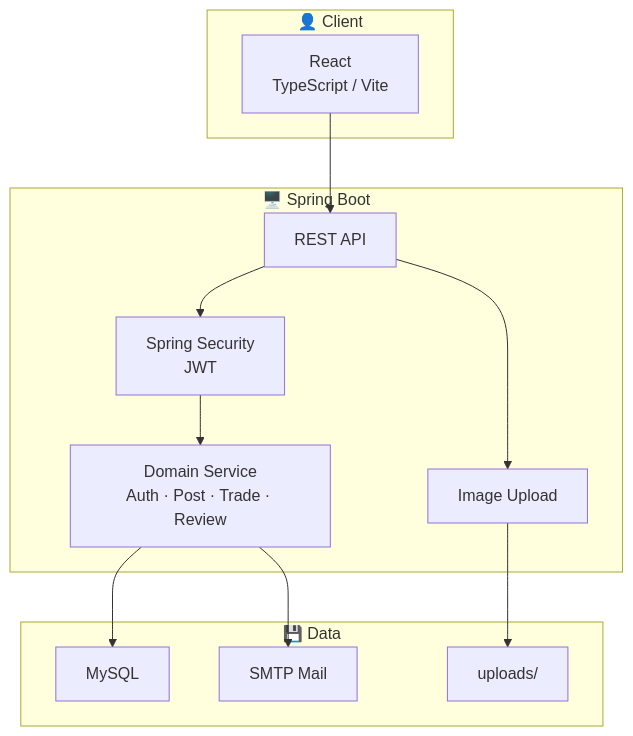
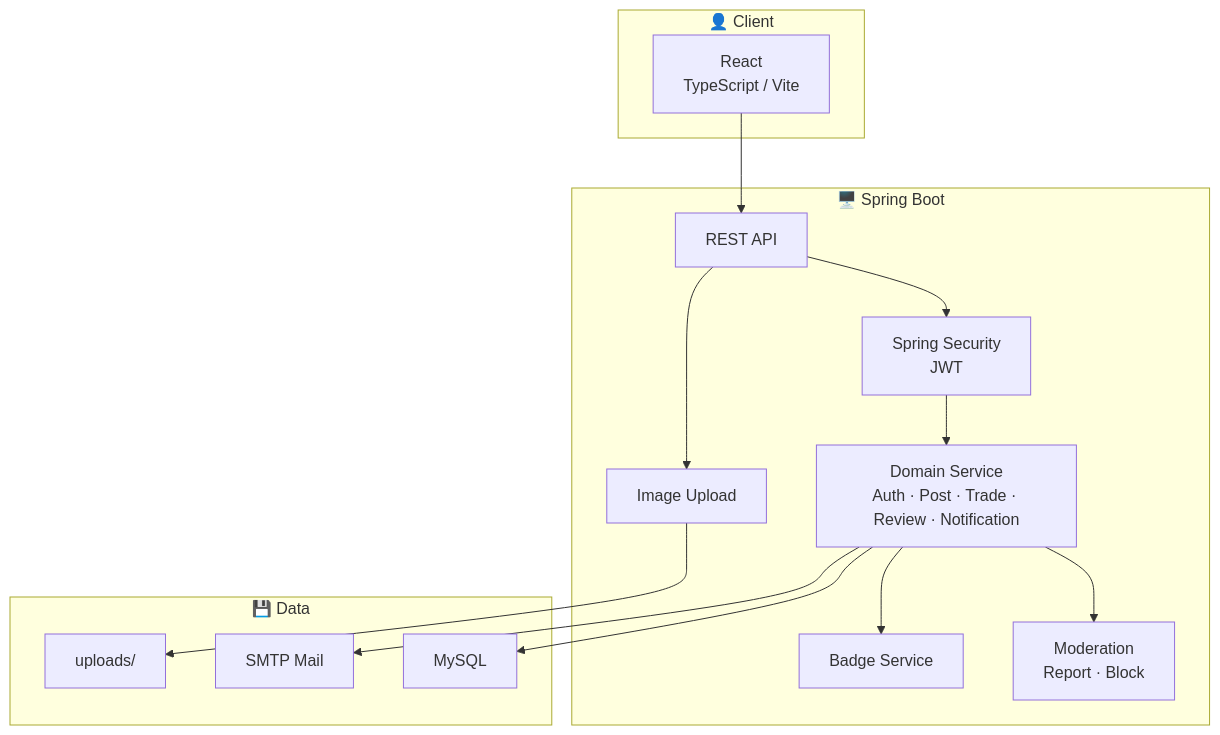
One commit to hjs7115/foodshare changed the second of 2 diagrams in README.md. Above: the diagram before and after it, drawn with Mermaid. The commit also changed other lines of this file, not shown here.

````diff
--- a/README.md
+++ b/README.md
@@ -88,27 +90,31 @@
 ```mermaid
 graph TB
     subgraph Client["👤 Client"]
         Web["React<br/>TypeScript / Vite"]
     end
 
     subgraph Server["🖥️ Spring Boot"]
         API["REST API"]
         Security["Spring Security<br/>JWT"]
-        Domain["Domain Service<br/>Auth · Post · Trade · Review"]
+        Domain["Domain Service<br/>Auth · Post · Trade · Review · Notification"]
+        Moderation["Moderation<br/>Report · Block"]
+        Badge["Badge Service"]
         Upload["Image Upload"]
     end
 
     subgraph Data["💾 Data"]
         MySQL["MySQL"]
         Files["uploads/"]
         Mail["SMTP Mail"]
     end
 
     Web --> API
     API --> Security
     Security --> Domain
+    Domain --> Moderation
+    Domain --> Badge
     Domain --> MySQL
     Domain --> Mail
     API --> Upload
     Upload --> Files
 ```
````
